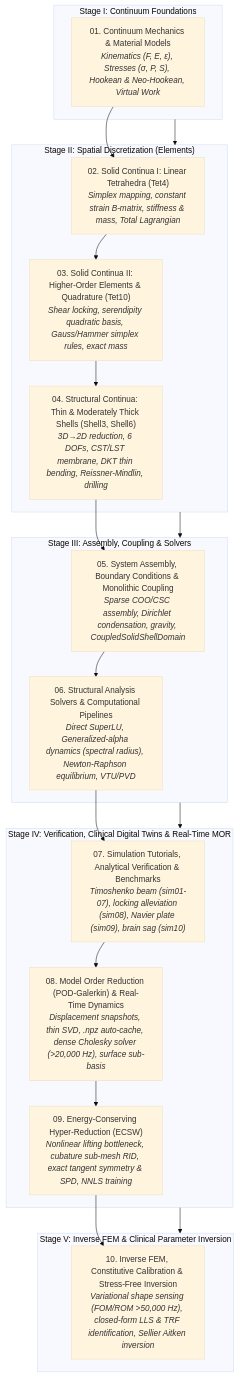
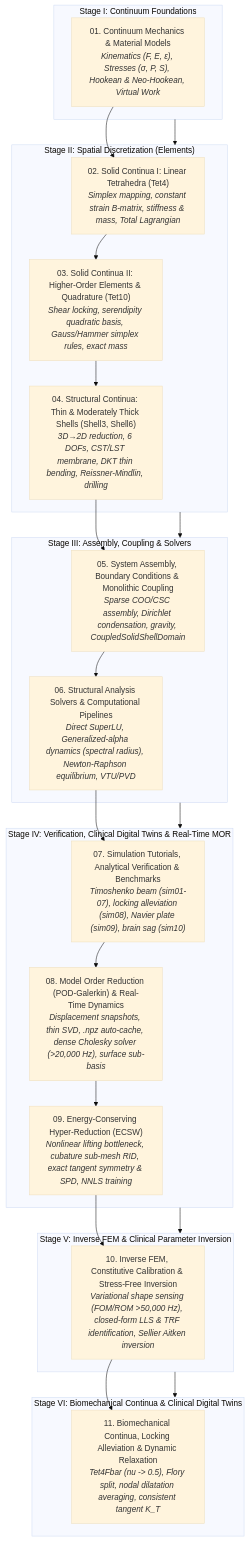
The diagram in docs/README.md (tanadul-s/psierra), drawn with Mermaid (base theme) before and after one commit. The commit also changed other lines of this file and 3 other files, not shown here.

````diff
--- a/docs/README.md
+++ b/docs/README.md
@@ -11,42 +11,48 @@
 ```mermaid
 flowchart TD
     subgraph Stage1["Stage I: Continuum Foundations"]
         D01["01. Continuum Mechanics & Material Models<br/><i>Kinematics (F, E, ε), Stresses (σ, P, S), Hookean & Neo-Hookean, Virtual Work</i>"]
     end
 
     subgraph Stage2["Stage II: Spatial Discretization (Elements)"]
         D02["02. Solid Continua I: Linear Tetrahedra (Tet4)<br/><i>Simplex mapping, constant strain B-matrix, stiffness & mass, Total Lagrangian</i>"]
         D03["03. Solid Continua II: Higher-Order Elements & Quadrature (Tet10)<br/><i>Shear locking, serendipity quadratic basis, Gauss/Hammer simplex rules, exact mass</i>"]
         D04["04. Structural Continua: Thin & Moderately Thick Shells (Shell3, Shell6)<br/><i>3D→2D reduction, 6 DOFs, CST/LST membrane, DKT thin bending, Reissner-Mindlin, drilling</i>"]
     end
 
     subgraph Stage3["Stage III: Assembly, Coupling & Solvers"]
         D05["05. System Assembly, Boundary Conditions & Monolithic Coupling<br/><i>Sparse COO/CSC assembly, Dirichlet condensation, gravity, CoupledSolidShellDomain</i>"]
         D06["06. Structural Analysis Solvers & Computational Pipelines<br/><i>Direct SuperLU, Generalized-alpha dynamics (spectral radius), Newton-Raphson equilibrium, VTU/PVD</i>"]
     end
 
     subgraph Stage4["Stage IV: Verification, Clinical Digital Twins & Real-Time MOR"]
         D07["07. Simulation Tutorials, Analytical Verification & Benchmarks<br/><i>Timoshenko beam (sim01-07), locking alleviation (sim08), Navier plate (sim09), brain sag (sim10)</i>"]
         D08["08. Model Order Reduction (POD-Galerkin) & Real-Time Dynamics<br/><i>Displacement snapshots, thin SVD, .npz auto-cache, dense Cholesky solver (>20,000 Hz), surface sub-basis</i>"]
         D09["09. Energy-Conserving Hyper-Reduction (ECSW)<br/><i>Nonlinear lifting bottleneck, cubature sub-mesh RID, exact tangent symmetry & SPD, NNLS training</i>"]
     end
 
     subgraph Stage5["Stage V: Inverse FEM & Clinical Parameter Inversion"]
         D10["10. Inverse FEM, Constitutive Calibration & Stress-Free Inversion<br/><i>Variational shape sensing (FOM/ROM >50,000 Hz), closed-form LLS & TRF identification, Sellier Aitken inversion</i>"]
     end
 
+    subgraph Stage6["Stage VI: Biomechanical Continua & Clinical Digital Twins"]
+        D11["11. Biomechanical Continua, Locking Alleviation & Dynamic Relaxation<br/><i>Tet4Fbar (nu -> 0.5), Flory split, nodal dilatation averaging, consistent tangent K_T</i>"]
+    end
+
     Stage1 --> Stage2
     Stage2 --> Stage3
     Stage3 --> Stage4
     Stage4 --> Stage5
+    Stage5 --> Stage6
 
     D01 --> D02
     D02 --> D03
     D03 --> D04
     D04 --> D05
     D05 --> D06
     D06 --> D07
     D07 --> D08
     D08 --> D09
     D09 --> D10
+    D10 --> D11
 ```
````
